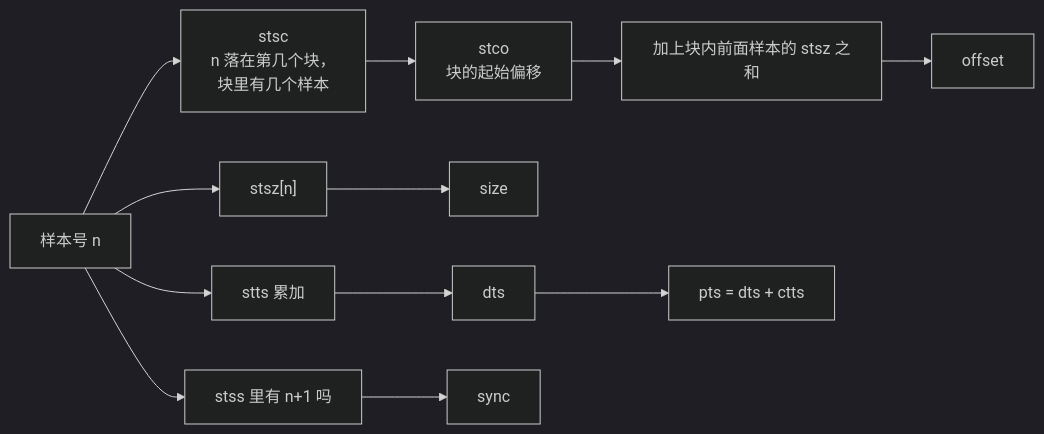
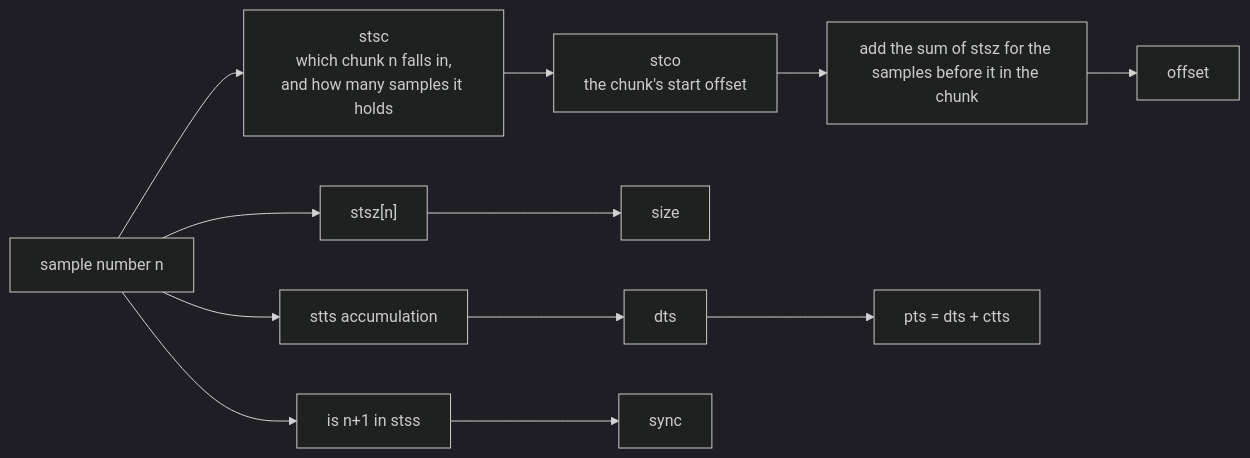
Before and after one commit to YuzukiHD/YuzukiNeko: the fourth of 4 diagrams in docs/src/content/docs/dev/zephyr/components/mp4.md, drawn with Mermaid (dark theme). The commit also changed other lines of this file and 216 other files, not shown here.

````diff
--- a/docs/src/content/docs/dev/zephyr/components/mp4.md
+++ b/docs/src/content/docs/dev/zephyr/components/mp4.md
@@ -91,11 +91,11 @@
 ```mermaid
 flowchart LR
-    N["样本号 n"] --> STSC["stsc<br/>n 落在第几个块，<br/>块里有几个样本"]
-    STSC --> STCO["stco<br/>块的起始偏移"]
-    STCO --> ADD["加上块内前面样本的 stsz 之和"]
+    N["sample number n"] --> STSC["stsc<br/>which chunk n falls in,<br/>and how many samples it holds"]
+    STSC --> STCO["stco<br/>the chunk's start offset"]
+    STCO --> ADD["add the sum of stsz for the samples before it in the chunk"]
     ADD --> OFF["offset"]
     N --> STSZ["stsz[n]"] --> SIZE["size"]
-    N --> STTS["stts 累加"] --> DTS["dts"]
+    N --> STTS["stts accumulation"] --> DTS["dts"]
     DTS --> PTS["pts = dts + ctts"]
-    N --> STSS["stss 里有 n+1 吗"] --> SYNC["sync"]
+    N --> STSS["is n+1 in stss"] --> SYNC["sync"]
 ```
````
